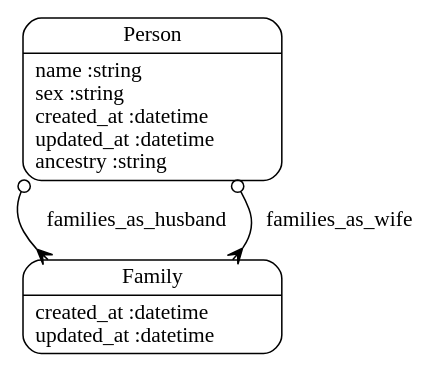
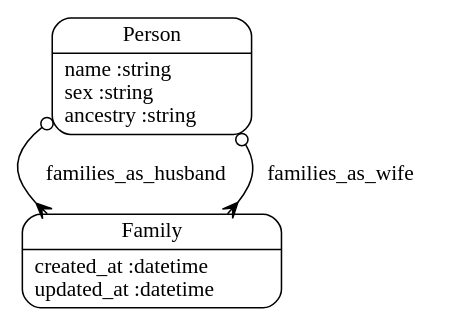
The diagram in full_models.dot (pierreva/ptree), drawn with Graphviz before and after one commit. The commit also changed 9 other files, not shown here.

```diff
--- a/full_models.dot
+++ b/full_models.dot
@@ -1,7 +1,7 @@
 digraph models_diagram {
 	graph[overlap=false, splines=true]
 	"Family" [shape=Mrecord, label="{Family|created_at :datetime\lupdated_at :datetime\l}"]
-	"Person" [shape=Mrecord, label="{Person|name :string\lsex :string\lcreated_at :datetime\lupdated_at :datetime\lancestry :string\l}"]
+	"Person" [shape=Mrecord, label="{Person|name :string\lsex :string\lancestry :string\l}"]
 	"Person" -> "Family" [label="families_as_husband", arrowtail=odot, arrowhead=crow, dir=both]
 	"Person" -> "Family" [label="families_as_wife", arrowtail=odot, arrowhead=crow, dir=both]
 }
```
